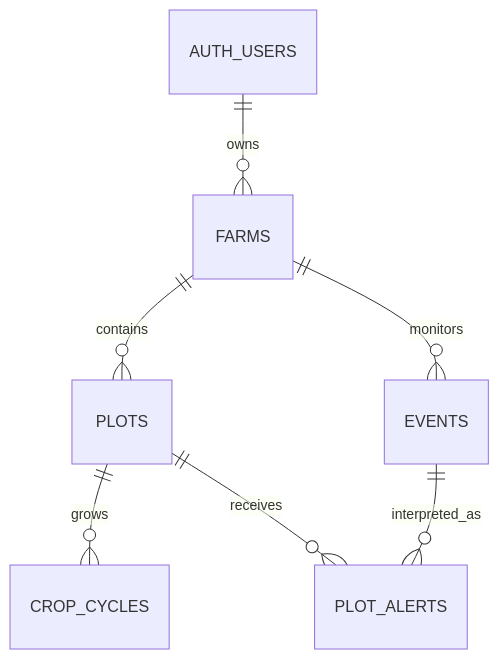
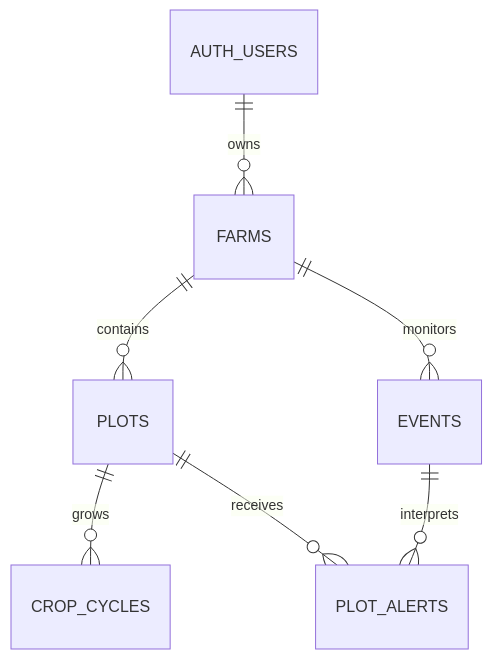
The diagram in docs/domain-model.md (ticianomorvan/agrosense), drawn with Mermaid before and after one commit. The commit also changed other lines of this file and 5 other files, not shown here.

Commit message:
docs: specify executable MVP schemas and API contracts

````diff
--- a/docs/domain-model.md
+++ b/docs/domain-model.md
@@ -75,9 +42,9 @@
 ```mermaid
 erDiagram
     AUTH_USERS ||--o{ FARMS : owns
     FARMS ||--o{ PLOTS : contains
     PLOTS ||--o{ CROP_CYCLES : grows
     FARMS ||--o{ EVENTS : monitors
-    EVENTS ||--o{ PLOT_ALERTS : interpreted_as
+    EVENTS ||--o{ PLOT_ALERTS : interprets
     PLOTS ||--o{ PLOT_ALERTS : receives
 ```
````
